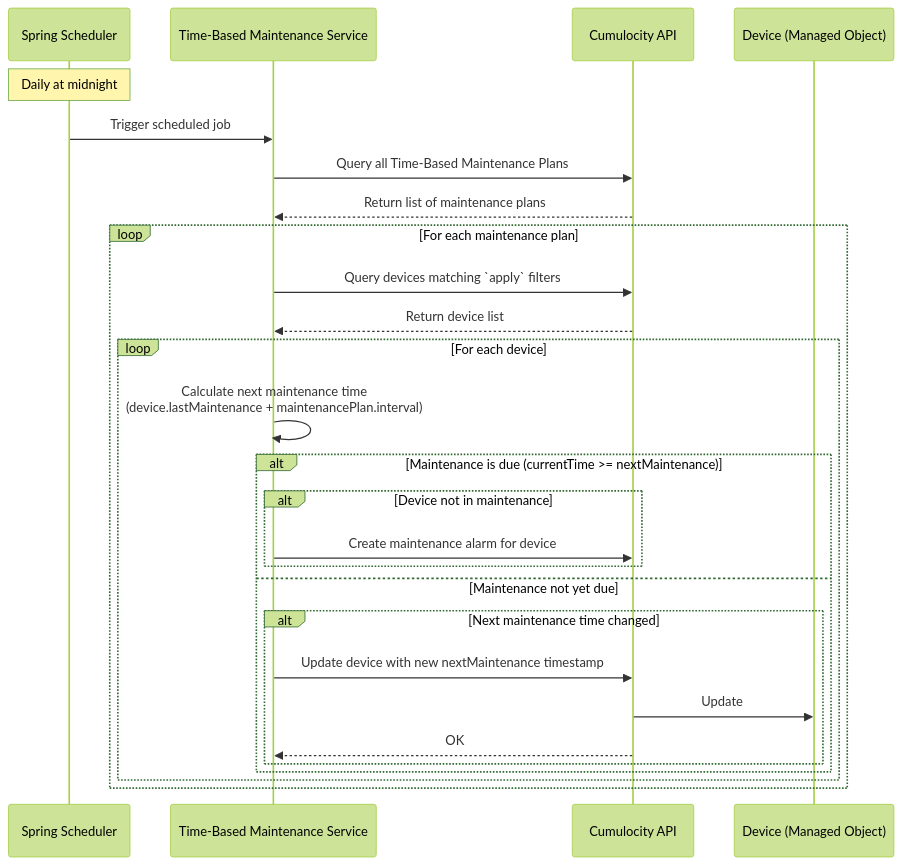
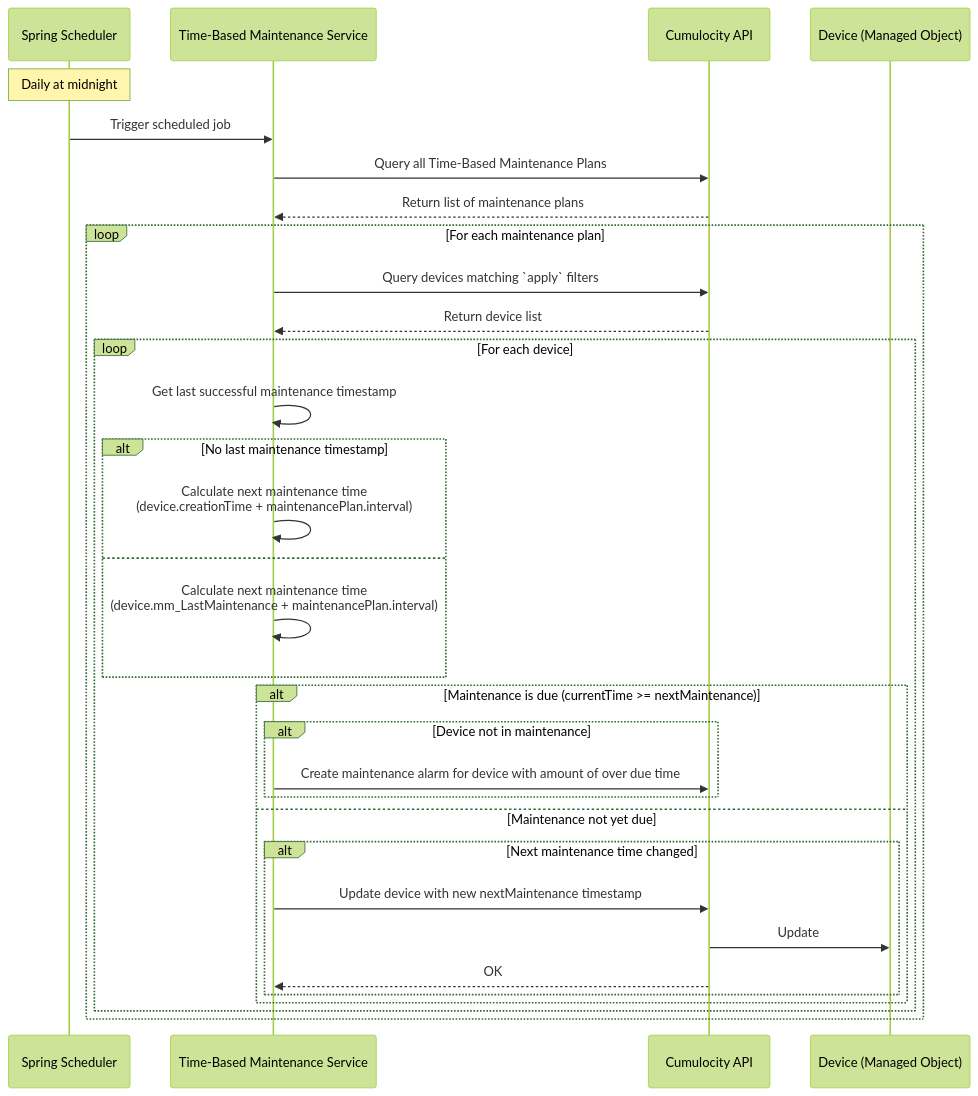
Before and after one commit to Cumulocity-IoT/cumulocity-maintenance-module: the diagram in docs/ADR/ADR-001-Time-Based-Trigger-Implementation.md, drawn with Mermaid (forest theme). The commit also changed 2 other files, not shown here.

Commit message:
feat(time-based-maintenance): implement active time-based maintenance plans retrieval and device processing logic

````diff
--- a/docs/ADR/ADR-001-Time-Based-Trigger-Implementation.md
+++ b/docs/ADR/ADR-001-Time-Based-Trigger-Implementation.md
@@ -56,34 +56,39 @@
 ```mermaid
 sequenceDiagram
     participant Scheduler as Spring Scheduler
     participant Service as Time-Based Maintenance Service
     participant C8Y as Cumulocity API
     participant Device as Device (Managed Object)
 
     Note over Scheduler: Daily at midnight
     Scheduler->>Service: Trigger scheduled job
     
     Service ->>C8Y: Query all Time-Based Maintenance Plans
     C8Y-->>Service: Return list of maintenance plans
 
     loop For each maintenance plan
         Service->>C8Y: Query devices matching `apply` filters
         C8Y-->>Service: Return device list
 
         loop For each device
-        Service->>Service: Calculate next maintenance time<br/>(device.lastMaintenance + maintenancePlan.interval)
+        Service->>Service: Get last successful maintenance timestamp
+        alt No last maintenance timestamp
+            Service->>Service: Calculate next maintenance time<br/>(device.creationTime + maintenancePlan.interval)
+        else
+            Service->>Service: Calculate next maintenance time<br/>(device.mm_LastMaintenance + maintenancePlan.interval)
+        end
         
         alt Maintenance is due (currentTime >= nextMaintenance)
             alt Device not in maintenance
-              Service->>C8Y: Create maintenance alarm for device
+              Service->>C8Y: Create maintenance alarm for device with amount of over due time
             end
         else Maintenance not yet due
             alt Next maintenance time changed
                 Service->>C8Y: Update device with new nextMaintenance timestamp
                 C8Y->>Device: Update
                 C8Y-->>Service: OK
             end
         end
       end
     end
 ```
````
